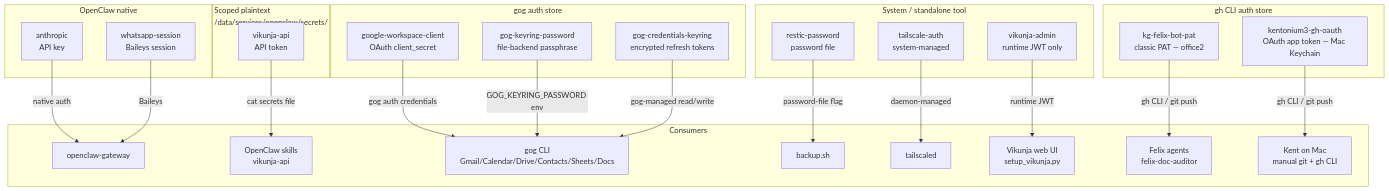
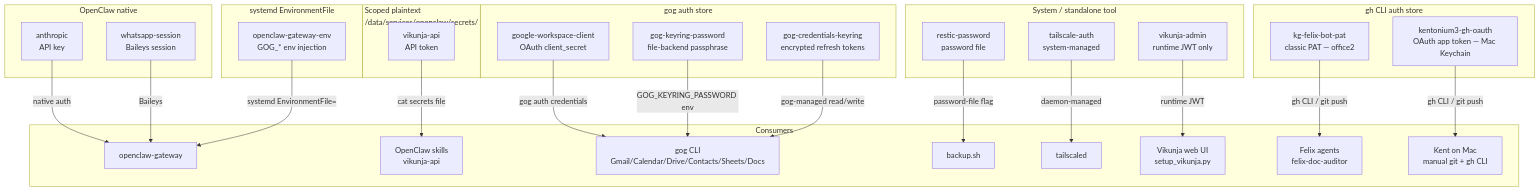
One commit to kentonium3/kg-automation changed the diagram in docs/design/architecture/credentials-and-secrets.md. Above: the diagram before and after it, drawn with Mermaid. The commit also changed other lines of this file, not shown here.

First line of the commit message:
docs(credentials): add openclaw-gateway-env entry + systemd EnvironmentFile mechanism (#267)

````diff
--- a/docs/design/architecture/credentials-and-secrets.md
+++ b/docs/design/architecture/credentials-and-secrets.md
@@ -110,51 +134,56 @@
 ```mermaid
 graph TD
     subgraph "gog auth store"
         GC[google-workspace-client<br/>OAuth client_secret]
         GP[gog-keyring-password<br/>file-backend passphrase]
         GK[gog-credentials-keyring<br/>encrypted refresh tokens]
     end
 
     subgraph "OpenClaw native"
         A[anthropic<br/>API key]
         W[whatsapp-session<br/>Baileys session]
     end
 
     subgraph "Scoped plaintext<br/>/data/services/openclaw/secrets/"
         V[vikunja-api<br/>API token]
     end
 
     subgraph "System / standalone tool"
         R[restic-password<br/>password file]
         T[tailscale-auth<br/>system-managed]
         VA[vikunja-admin<br/>runtime JWT only]
     end
 
     subgraph "gh CLI auth store"
         GH[kg-felix-bot-pat<br/>classic PAT — office2]
         GHK[kentonium3-gh-oauth<br/>OAuth app token — Mac Keychain]
     end
 
+    subgraph "systemd EnvironmentFile"
+        OGE[openclaw-gateway-env<br/>GOG_* env injection]
+    end
+
     subgraph "Consumers"
         OC[openclaw-gateway]
         SK[OpenClaw skills<br/>vikunja-api]
         GOG[gog CLI<br/>Gmail/Calendar/Drive/Contacts/Sheets/Docs]
         BK[backup.sh]
         TS[tailscaled]
         UI[Vikunja web UI<br/>setup_vikunja.py]
         FA[Felix agents<br/>felix-doc-auditor]
         KM[Kent on Mac<br/>manual git + gh CLI]
     end
 
     GC -->|gog auth credentials| GOG
     GP -->|GOG_KEYRING_PASSWORD env| GOG
     GK -->|gog-managed read/write| GOG
     A -->|native auth| OC
     W -->|Baileys| OC
     V -->|cat secrets file| SK
     R -->|password-file flag| BK
     T -->|daemon-managed| TS
     VA -->|runtime JWT| UI
     GH -->|gh CLI / git push| FA
     GHK -->|gh CLI / git push| KM
+    OGE -->|systemd EnvironmentFile=| OC
 ```
````
